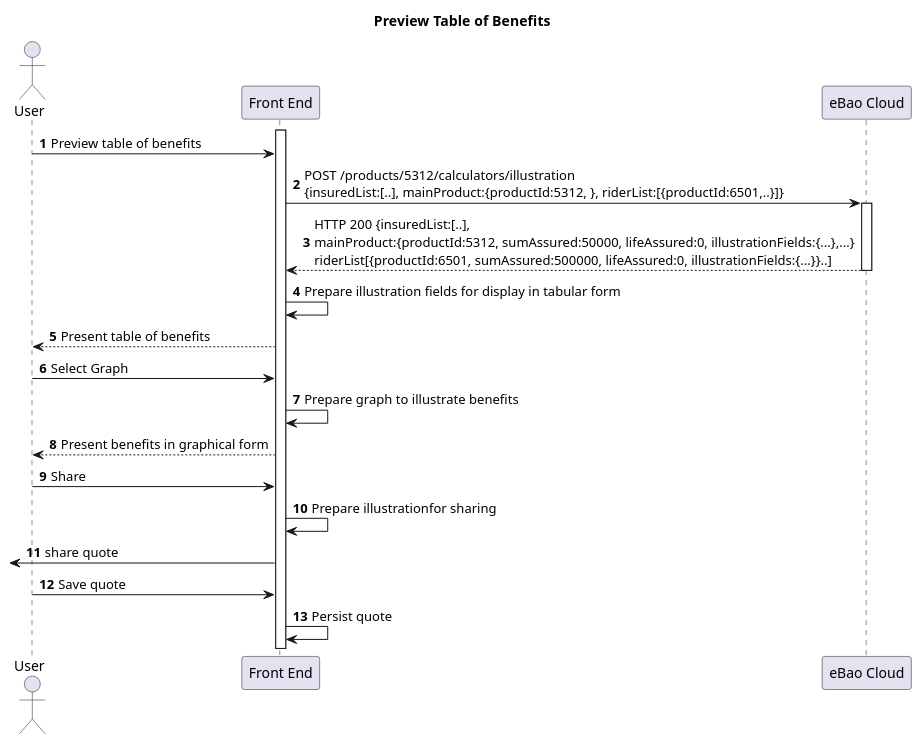
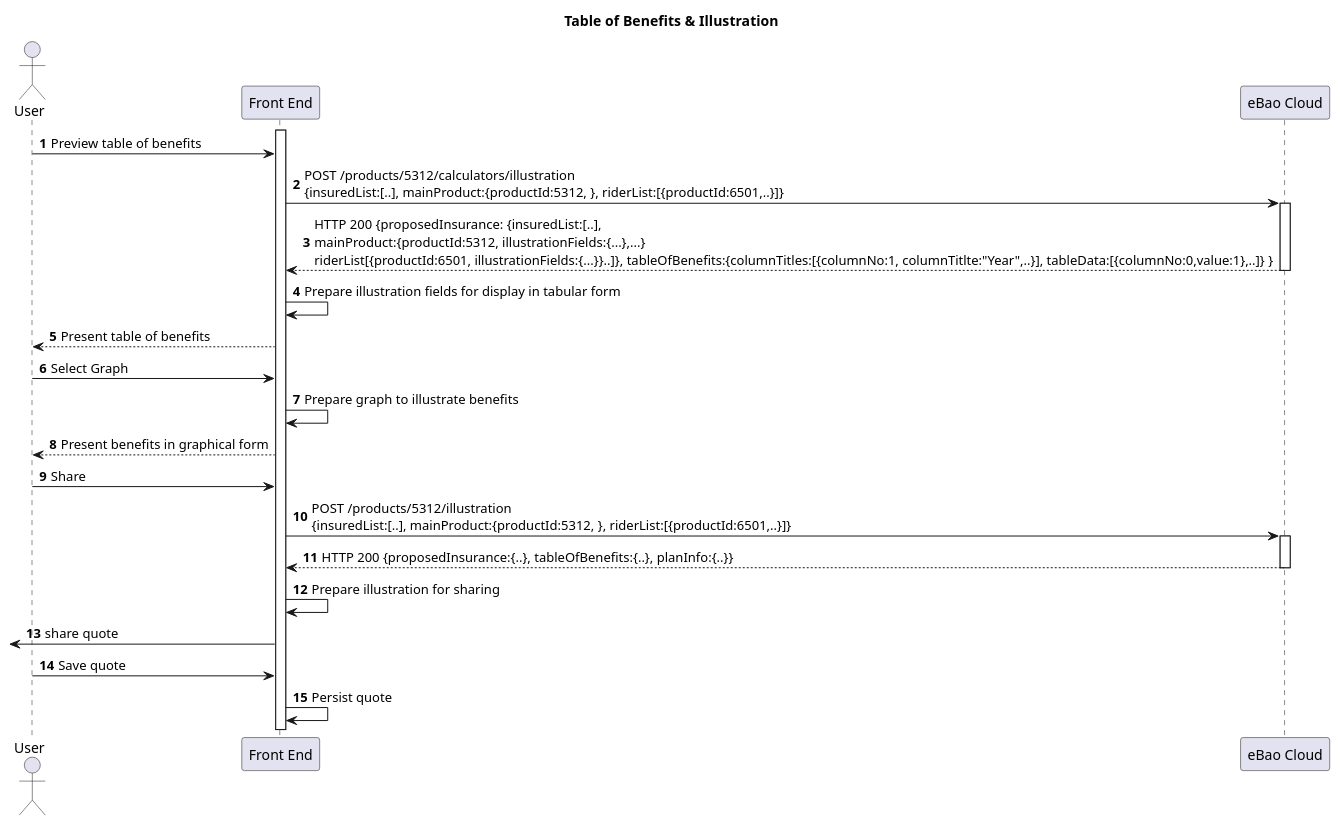
Before and after one commit to yitchoong/cloudapi: the ninth of 12 diagrams in markdown/products-2.md, drawn with PlantUML. The commit also changed other lines of this file and 41 other files, not shown here.

````diff
--- a/markdown/products-2.md
+++ b/markdown/products-2.md
@@ -401,26 +404,30 @@
 ```puml
-title **Preview Table of Benefits**
+title **Table of Benefits & Illustration**
 actor "User" as user
 participant "Front End" as front
 participant "eBao Cloud" as ebao
 autonumber
 
 
 activate front
 user -> front : Preview table of benefits
 front -> ebao: POST /products/5312/calculators/illustration \n{insuredList:[..], mainProduct:{productId:5312, }, riderList:[{productId:6501,..}]}
 activate ebao
-ebao --> front : HTTP 200 {insuredList:[..], \nmainProduct:{productId:5312, sumAssured:50000, lifeAssured:0, illustrationFields:{...},...}\nriderList[{productId:6501, sumAssured:500000, lifeAssured:0, illustrationFields:{...}}..]
+ebao --> front : HTTP 200 {proposedInsurance: {insuredList:[..], \nmainProduct:{productId:5312, illustrationFields:{...},...}\nriderList[{productId:6501, illustrationFields:{...}}..]}, tableOfBenefits:{columnTitles:[{columnNo:1, columnTitlte:"Year",..}], tableData:[{columnNo:0,value:1},..]} }
 deactivate ebao
 front -> front : Prepare illustration fields for display in tabular form
 front --> user : Present table of benefits
 user -> front: Select Graph
 front -> front : Prepare graph to illustrate benefits
 front --> user: Present benefits in graphical form
 user -> front : Share
-front -> front : Prepare illustrationfor sharing
+front -> ebao : POST /products/5312/illustration \n{insuredList:[..], mainProduct:{productId:5312, }, riderList:[{productId:6501,..}]}
+activate ebao
+ebao --> front: HTTP 200 {proposedInsurance:{..}, tableOfBenefits:{..}, planInfo:{..}}
+deactivate ebao
+front -> front : Prepare illustration for sharing
 [<- front : share quote
 user -> front : Save quote
 front -> front : Persist quote
 
 ```
````
